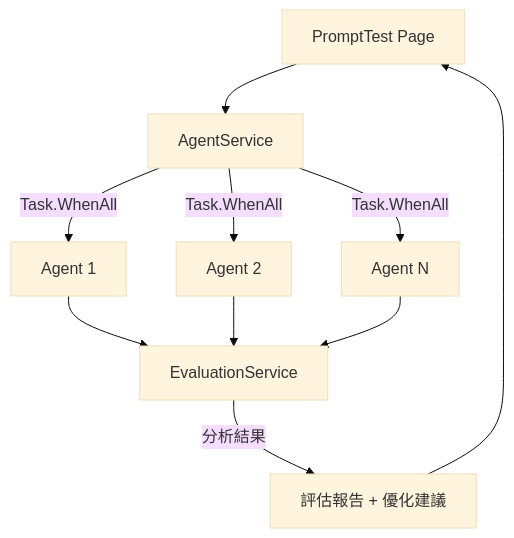
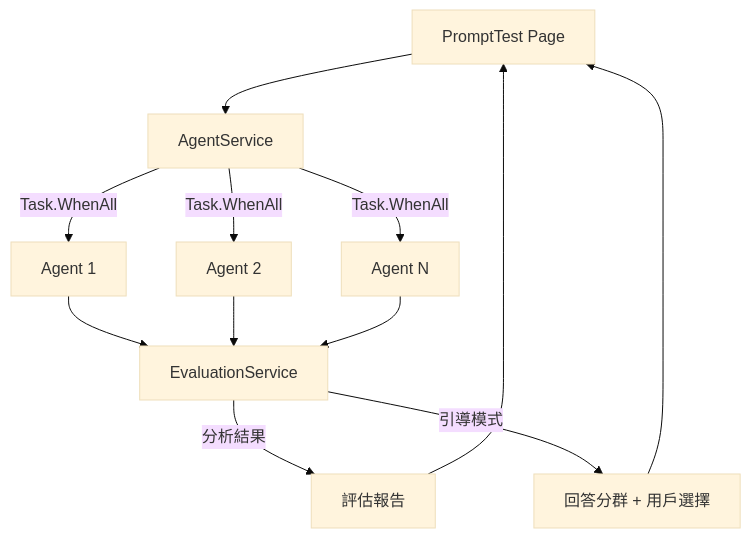
One commit to breezy89757/PromptAgent changed the diagram in README.md. Above: the diagram before and after it, drawn with Mermaid (base theme). The commit also changed other lines of this file and 5 other files, not shown here.

````diff
--- a/README.md
+++ b/README.md
@@ -97,10 +123,12 @@
 ```mermaid
 flowchart TD
     UI[PromptTest Page] --> AS[AgentService]
     AS --> |Task.WhenAll| A1[Agent 1]
     AS --> |Task.WhenAll| A2[Agent 2]
     AS --> |Task.WhenAll| AN[Agent N]
     A1 & A2 & AN --> ES[EvaluationService]
-    ES --> |分析結果| Report[評估報告 + 優化建議]
+    ES --> |分析結果| Report[評估報告]
+    ES --> |引導模式| GM[回答分群 + 用戶選擇]
     Report --> UI
+    GM --> UI
 ```
````
